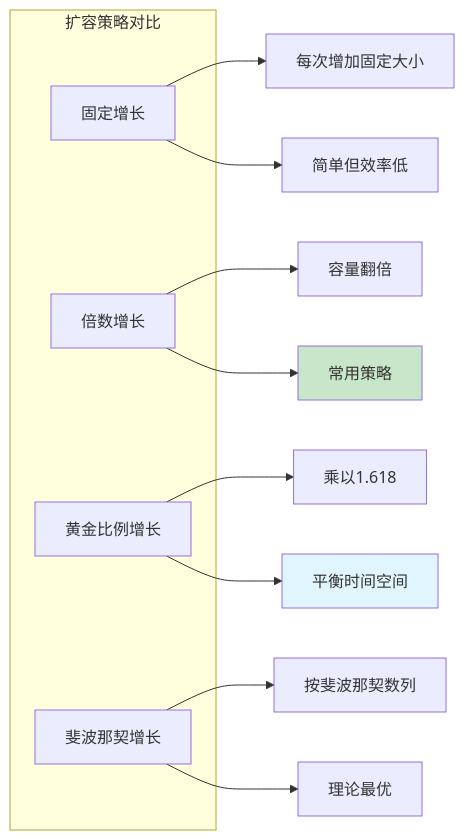
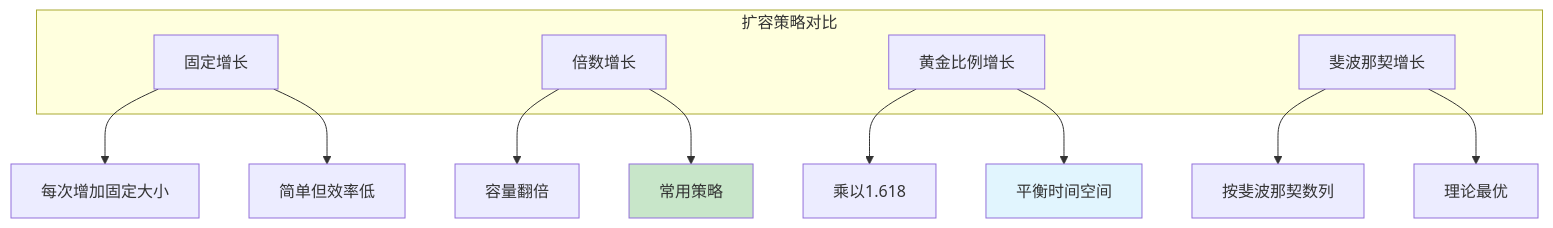
The first of 29 diagrams in 00.通用技术的提升/08.数据结构算法/栈深入浅出技术文档.md (chongyang211/YCBookBlog), drawn with Mermaid before and after one commit. The commit also changed other lines of this file and 1 other file, not shown here.

````diff
--- a/00.通用技术的提升/08.数据结构算法/栈深入浅出技术文档.md
+++ b/00.通用技术的提升/08.数据结构算法/栈深入浅出技术文档.md
@@ -54,24 +24,24 @@
 ```mermaid
-graph LR
+graph TB
     subgraph "扩容策略对比"
         A[固定增长]
         B[倍数增长]
         C[黄金比例增长]
         D[斐波那契增长]
     end
     
     A --> A1[每次增加固定大小]
     A --> A2[简单但效率低]
     
     B --> B1[容量翻倍]
     B --> B2[常用策略]
     
     C --> C1[乘以1.618]
     C --> C2[平衡时间空间]
     
     D --> D1[按斐波那契数列]
     D --> D2[理论最优]
     
     style B2 fill:#c8e6c9
     style C2 fill:#e1f5fe
 ```
````
